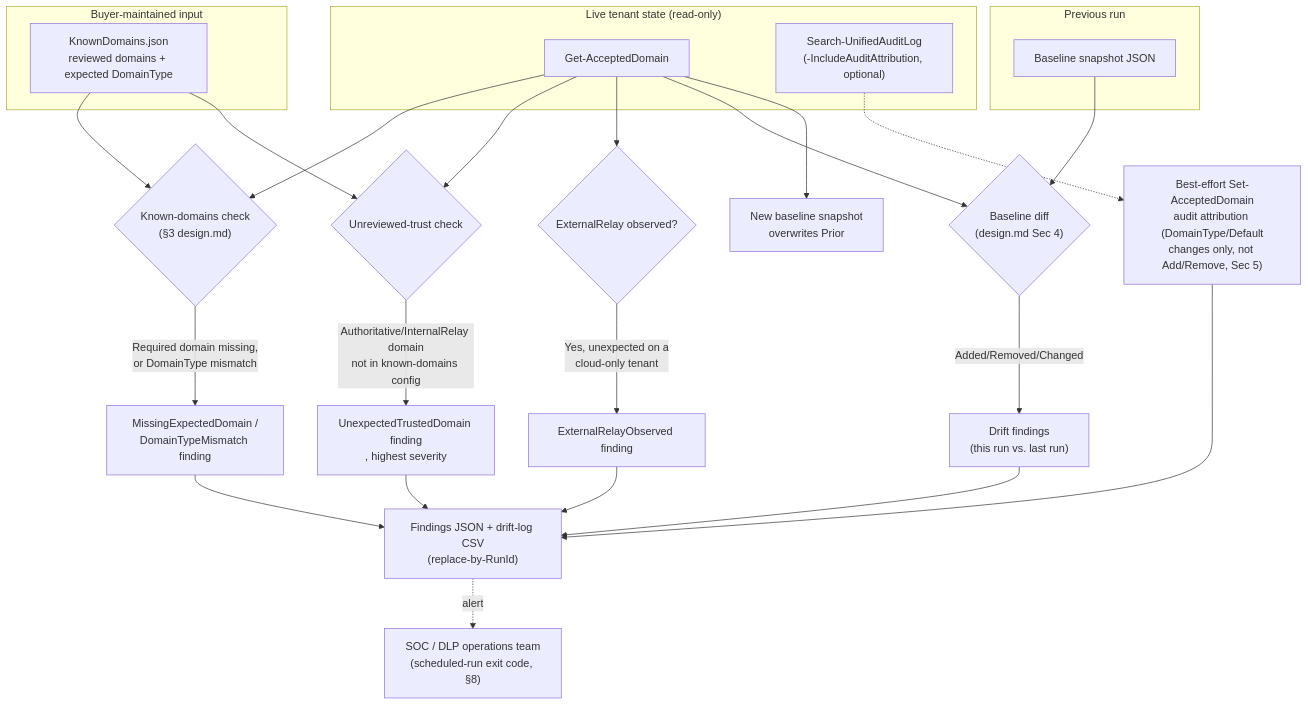
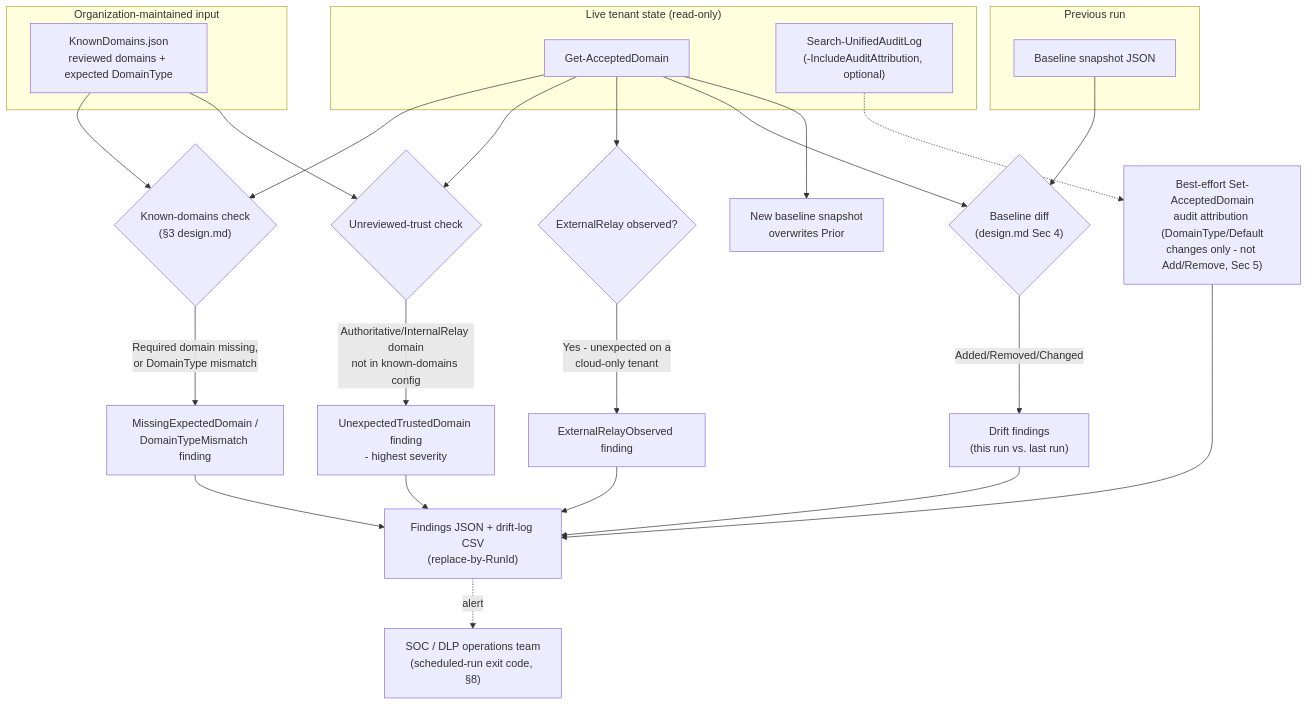
Before and after one commit to kpsec1/kpsec1.github.io: the diagram in src/content/scenarios/dlp/accepted-domains-hygiene-check.md, drawn with Mermaid. The commit also changed other lines of this file and 374 other files, not shown here.

````diff
--- a/src/content/scenarios/dlp/accepted-domains-hygiene-check.md
+++ b/src/content/scenarios/dlp/accepted-domains-hygiene-check.md
@@ -73,34 +73,34 @@
 ```mermaid
 flowchart TD
     subgraph Live["Live tenant state (read-only)"]
         AD[Get-AcceptedDomain]
         UAL["Search-UnifiedAuditLog<br/>(-IncludeAuditAttribution, optional)"]
     end
-    subgraph Config["Buyer-maintained input"]
+    subgraph Config["Organization-maintained input"]
         KD[KnownDomains.json<br/>reviewed domains + expected DomainType]
     end
     subgraph Prior["Previous run"]
         BL[Baseline snapshot JSON]
     end
 
     AD --> C1{"Known-domains check<br/>(§3 design.md)"}
     KD --> C1
     C1 -- "Required domain missing,<br/>or DomainType mismatch" --> F1["MissingExpectedDomain /<br/>DomainTypeMismatch finding"]
 
     AD --> C2{"Unreviewed-trust check"}
     KD --> C2
-    C2 -- "Authoritative/InternalRelay domain<br/>not in known-domains config" --> F2[UnexpectedTrustedDomain finding<br/>, highest severity]
+    C2 -- "Authoritative/InternalRelay domain<br/>not in known-domains config" --> F2[UnexpectedTrustedDomain finding<br/>- highest severity]
 
     AD --> C3{ExternalRelay observed?}
-    C3 -- "Yes, unexpected on a<br/>cloud-only tenant" --> F3[ExternalRelayObserved finding]
+    C3 -- "Yes - unexpected on a<br/>cloud-only tenant" --> F3[ExternalRelayObserved finding]
 
     AD --> C4{"Baseline diff<br/>(design.md Sec 4)"}
     BL --> C4
     C4 -- Added/Removed/Changed --> F4["Drift findings<br/>(this run vs. last run)"]
 
-    UAL -.-> F5["Best-effort Set-AcceptedDomain<br/>audit attribution (DomainType/Default<br/>changes only, not Add/Remove, Sec 5)"]
+    UAL -.-> F5["Best-effort Set-AcceptedDomain<br/>audit attribution (DomainType/Default<br/>changes only - not Add/Remove, Sec 5)"]
 
     F1 & F2 & F3 & F4 & F5 --> R["Findings JSON + drift-log CSV<br/>(replace-by-RunId)"]
     AD --> BLNEW[New baseline snapshot<br/>overwrites Prior]
     R -.alert.-> SOC["SOC / DLP operations team<br/>(scheduled-run exit code, §8)"]
 ```
````
